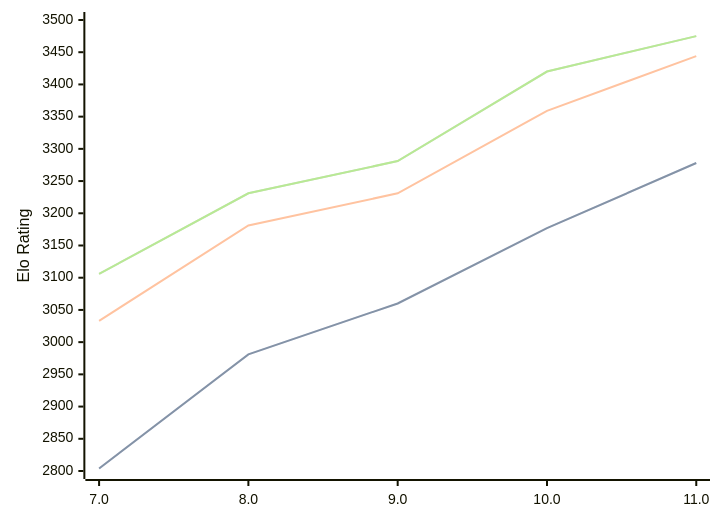
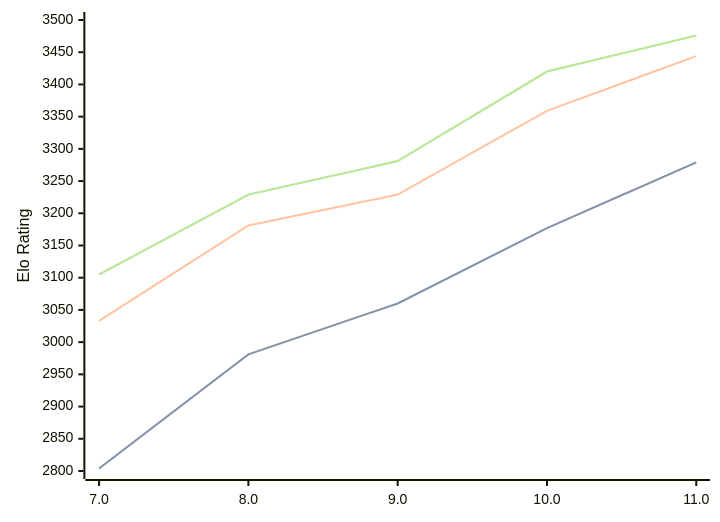
One commit to computer-chess-index/cci changed the diagram in engines/Tcheran.md. Above: the diagram before and after it, drawn with Mermaid. The commit also changed other lines of this file, not shown here.

Commit message:
Update CCI Ratings (ELO VLTC) - 2026-03-18

````diff
--- a/engines/Tcheran.md
+++ b/engines/Tcheran.md
@@ -47,11 +47,11 @@
 ```mermaid
 %%{init: {"theme":"base","themeVariables":{"seriesColors:['#a3a3a3','#222221','#faa371']}}}%%
 xychart-beta
   x-axis ["7.0", "8.0", "9.0", "10.0", "11.0"]
   y-axis "Elo Rating" 2800 --> 3500
-  line "STC (8.0+0.08s)" [2804, 2981, 3060, 3177, 3278]
-  line "STC (8.0+0.08s)" [2804, 2981, 3060, 3177, 3278]
-  line "LTC (60.0+0.60s)" [3033, 3181, 3231, 3359, 3444]
-  line "VLTC (2m24s+1.12s)" [3106, 3231, 3281, 3420, 3475]
-  line "VLTC (2m24s+1.12s)" [3106, 3231, 3281, 3420, 3475]
+  line "STC (8.0+0.08s)" [2804, 2981, 3060, 3177, 3279]
+  line "STC (8.0+0.08s)" [2804, 2981, 3060, 3177, 3279]
+  line "LTC (60.0+0.60s)" [3033, 3181, 3229, 3359, 3444]
+  line "VLTC (2m24s+1.12s)" [3105, 3229, 3281, 3420, 3476]
+  line "VLTC (2m24s+1.12s)" [3105, 3229, 3281, 3420, 3476]
 ```
````
